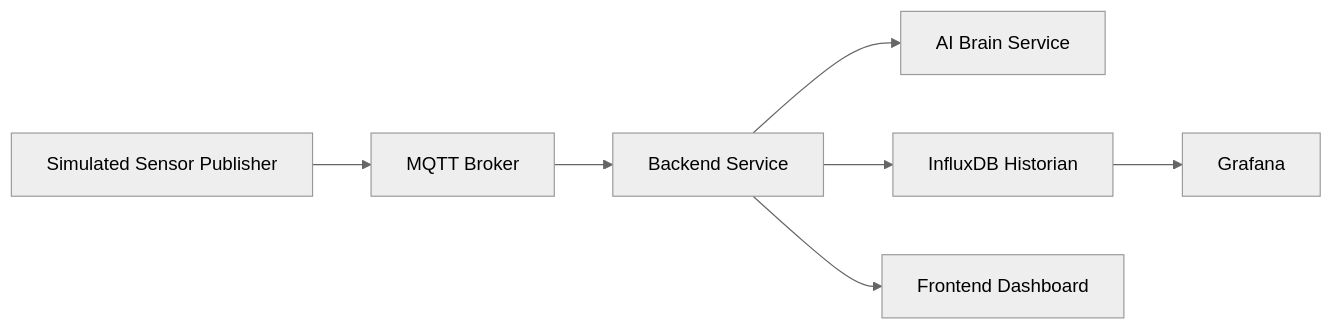
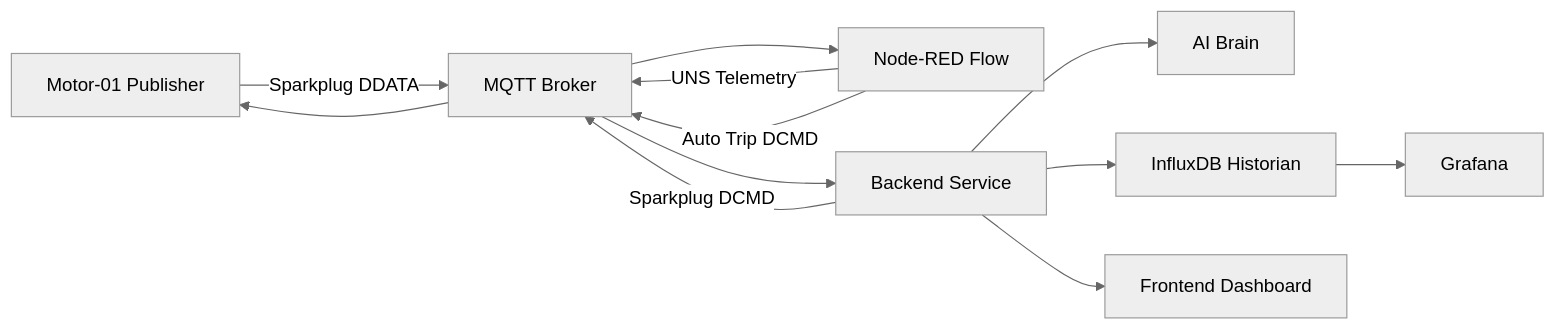
One commit to cepdnaclk/e20-co326-MQTT-Data-Anomaly-Detection changed the first of 2 diagrams in docs/ARCHITECTURE.md. Above: the diagram before and after it, drawn with Mermaid (neutral theme). The commit also changed other lines of this file and 22 other files, not shown here.

First line of the commit message:
Add initial Node-RED configuration and flow setup

````diff
--- a/docs/ARCHITECTURE.md
+++ b/docs/ARCHITECTURE.md
@@ -21,9 +17,14 @@
 ```mermaid
 flowchart LR
-    A[Simulated Sensor Publisher] --> B[MQTT Broker]
-    B --> C[Backend Service]
-    C --> D[AI Brain Service]
-    C --> E[InfluxDB Historian]
-    C --> F[Frontend Dashboard]
-    E --> G[Grafana]
+    P[Motor-01 Publisher] -->|Sparkplug DDATA| M[MQTT Broker]
+    M --> N[Node-RED Flow]
+    N -->|UNS Telemetry| M
+    M --> B[Backend Service]
+    B --> A[AI Brain]
+    B --> I[InfluxDB Historian]
+    B --> F[Frontend Dashboard]
+    B -->|Sparkplug DCMD| M
+    M --> P
+    N -->|Auto Trip DCMD| M
+    I --> G[Grafana]
 ```
````
